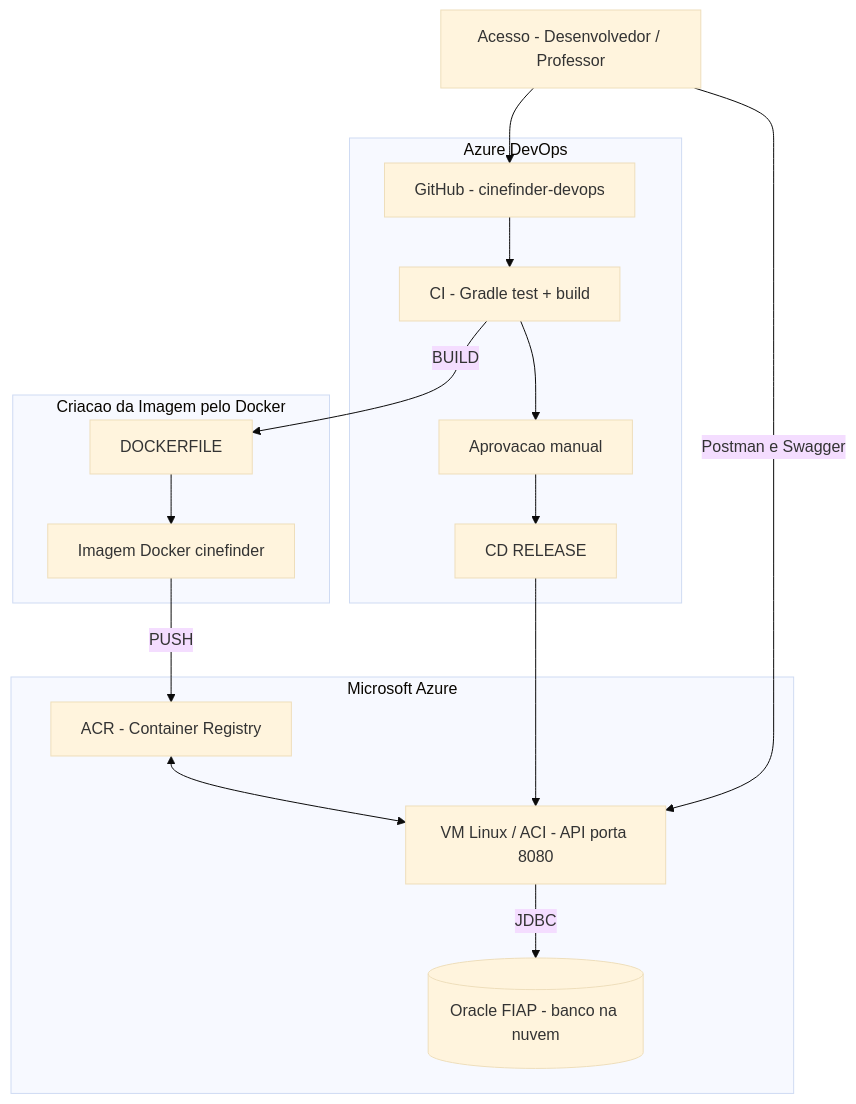
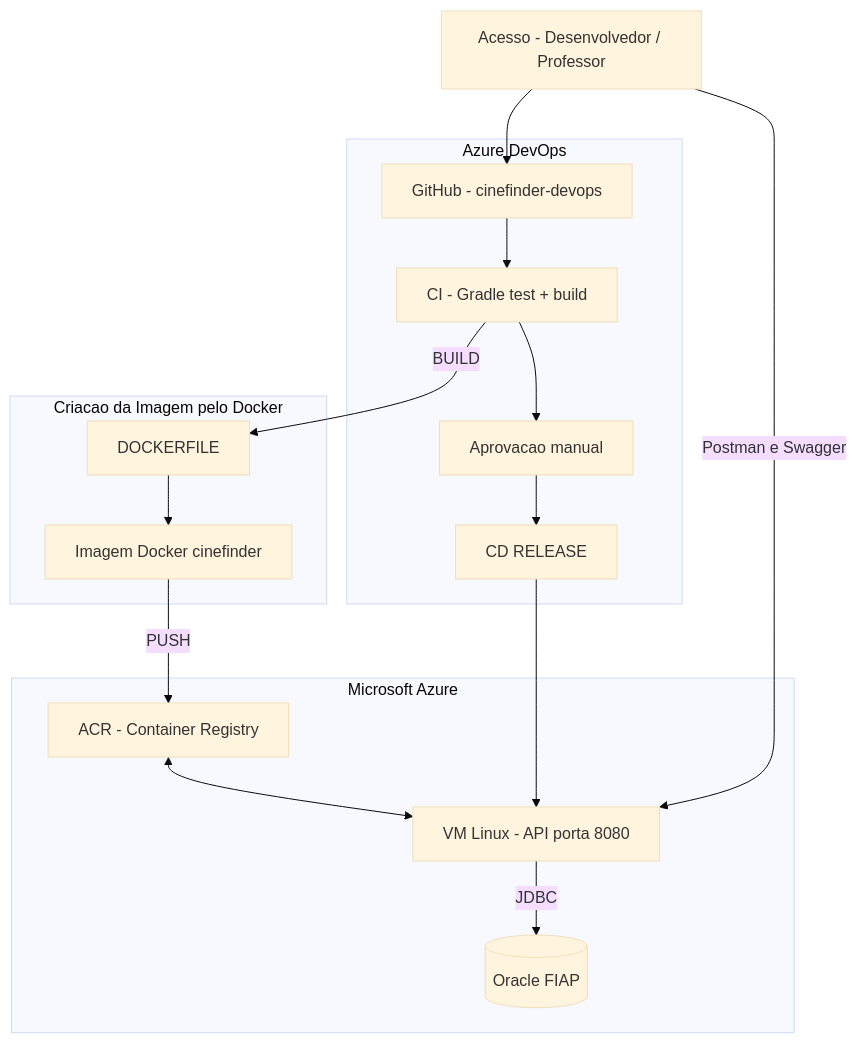
One commit to matheusmariotto1206/cinefinder-devops changed the diagram in docs/arquitetura-macro.md. Above: the diagram before and after it, drawn with Mermaid (base theme). The commit also changed other lines of this file and 8 other files, not shown here.

````diff
--- a/docs/arquitetura-macro.md
+++ b/docs/arquitetura-macro.md
@@ -15,32 +7,32 @@
 ```mermaid
 flowchart TB
     DEV["Acesso - Desenvolvedor / Professor"]
 
     subgraph ADO["Azure DevOps"]
         GH["GitHub - cinefinder-devops"]
         CI["CI - Gradle test + build"]
         APR["Aprovacao manual"]
         CD["CD RELEASE"]
         GH --> CI --> APR --> CD
     end
 
     subgraph BUILD["Criacao da Imagem pelo Docker"]
         DFILE["DOCKERFILE"]
         IMG["Imagem Docker cinefinder"]
         DFILE --> IMG
     end
 
     subgraph AZURE["Microsoft Azure"]
         ACR["ACR - Container Registry"]
-        VM["VM Linux / ACI - API porta 8080"]
-        DB[("Oracle FIAP - banco na nuvem")]
+        VM["VM Linux - API porta 8080"]
+        DB[("Oracle FIAP")]
         ACR <--> VM
     end
 
     DEV --> GH
     CI -->|BUILD| DFILE
     IMG -->|PUSH| ACR
     CD --> VM
     VM -->|JDBC| DB
     DEV -->|Postman e Swagger| VM
 ```
````
